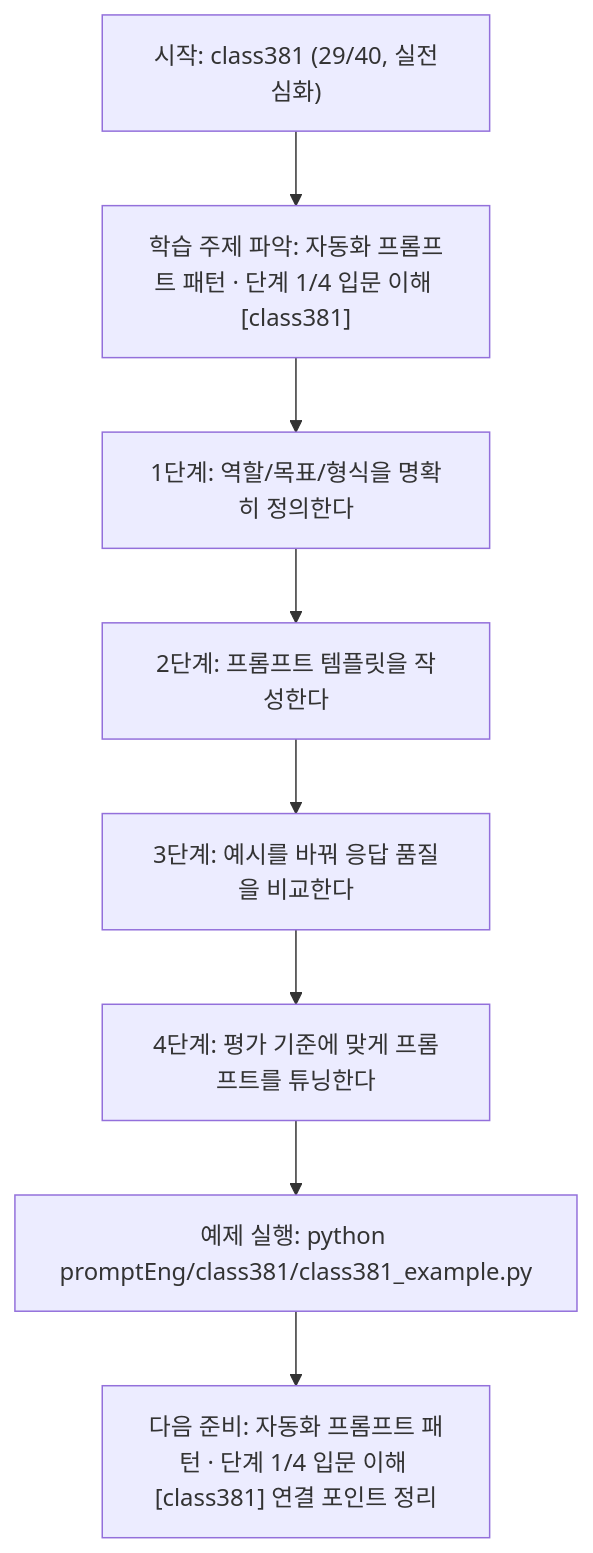
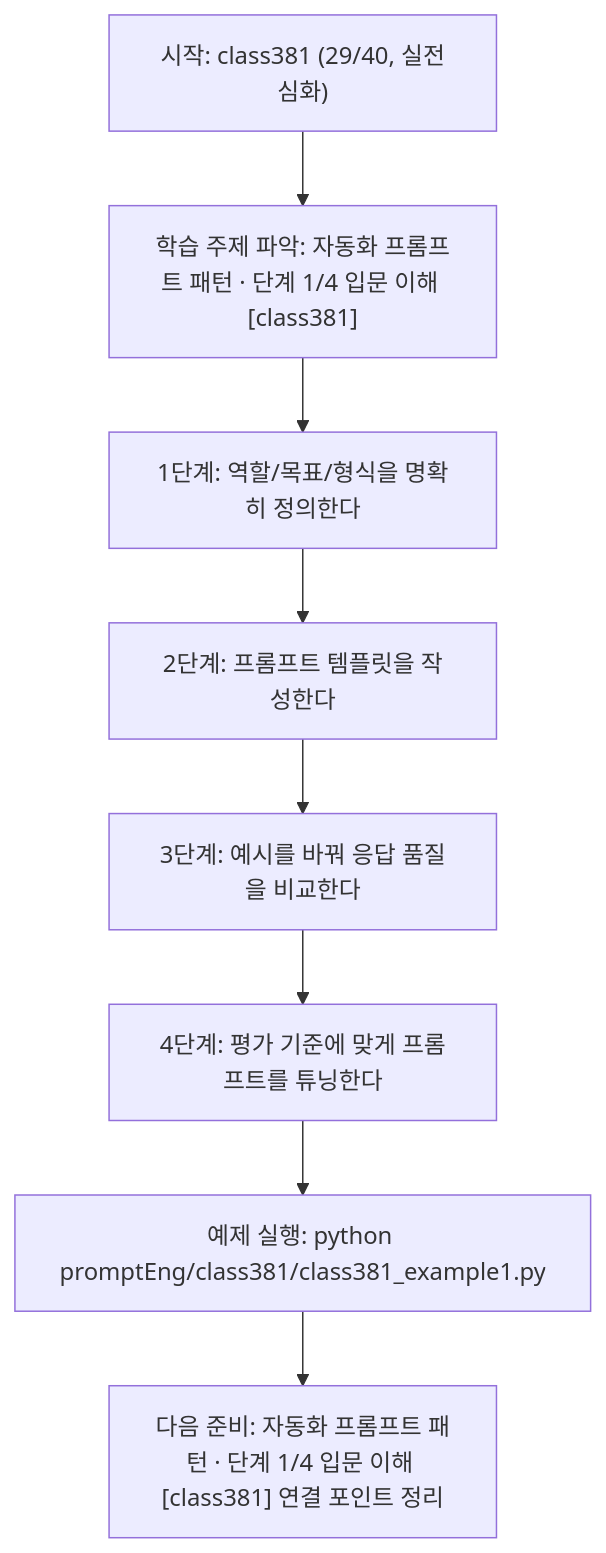
The diagram in promptEng/class381/class381.md (edumgt/Python-AI_Agent-Class), drawn with Mermaid before and after one commit. The commit also changed other lines of this file and 2959 other files, not shown here.

````diff
--- a/promptEng/class381/class381.md
+++ b/promptEng/class381/class381.md
@@ -110,18 +110,18 @@
 ```mermaid
 flowchart TD
 N1["시작: class381 (29/40, 실전심화)"]
 N2["학습 주제 파악: 자동화 프롬프트 패턴 · 단계 1/4 입문 이해 [class381]"]
 N3["1단계: 역할/목표/형식을 명확히 정의한다"]
 N4["2단계: 프롬프트 템플릿을 작성한다"]
 N5["3단계: 예시를 바꿔 응답 품질을 비교한다"]
 N6["4단계: 평가 기준에 맞게 프롬프트를 튜닝한다"]
-N7["예제 실행: python promptEng/class381/class381_example.py"]
+N7["예제 실행: python promptEng/class381/class381_example1.py"]
 N8["다음 준비: 자동화 프롬프트 패턴 · 단계 1/4 입문 이해 [class381] 연결 포인트 정리"]
 N1 --> N2
 N2 --> N3
 N3 --> N4
 N4 --> N5
 N5 --> N6
 N6 --> N7
 N7 --> N8
 ```
````
